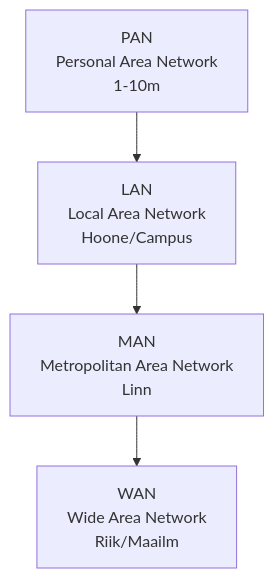
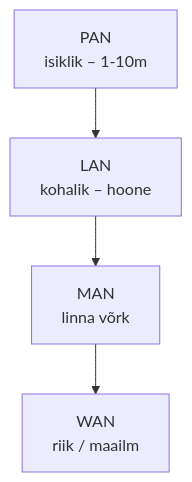
Before and after one commit to mtalvik/av_alused: the ninth of 11 diagrams in Lecture/loeng1_slaidid.md, drawn with Mermaid. The commit also changed other lines of this file and 2 other files, not shown here.

````diff
--- a/Lecture/loeng1_slaidid.md
+++ b/Lecture/loeng1_slaidid.md
@@ -192,6 +192,6 @@
 ```mermaid
 graph TD
-    PAN[PAN<br/>Personal Area Network<br/>1-10m] --> LAN[LAN<br/>Local Area Network<br/>Hoone/Campus]
-    LAN --> MAN[MAN<br/>Metropolitan Area Network<br/>Linn]
-    MAN --> WAN[WAN<br/>Wide Area Network<br/>Riik/Maailm]
+    PAN[PAN<br/>isiklik – 1-10m] --> LAN[LAN<br/>kohalik – hoone]
+    LAN --> MAN[MAN<br/>linna võrk]
+    MAN --> WAN[WAN<br/>riik / maailm]
 ```
````
